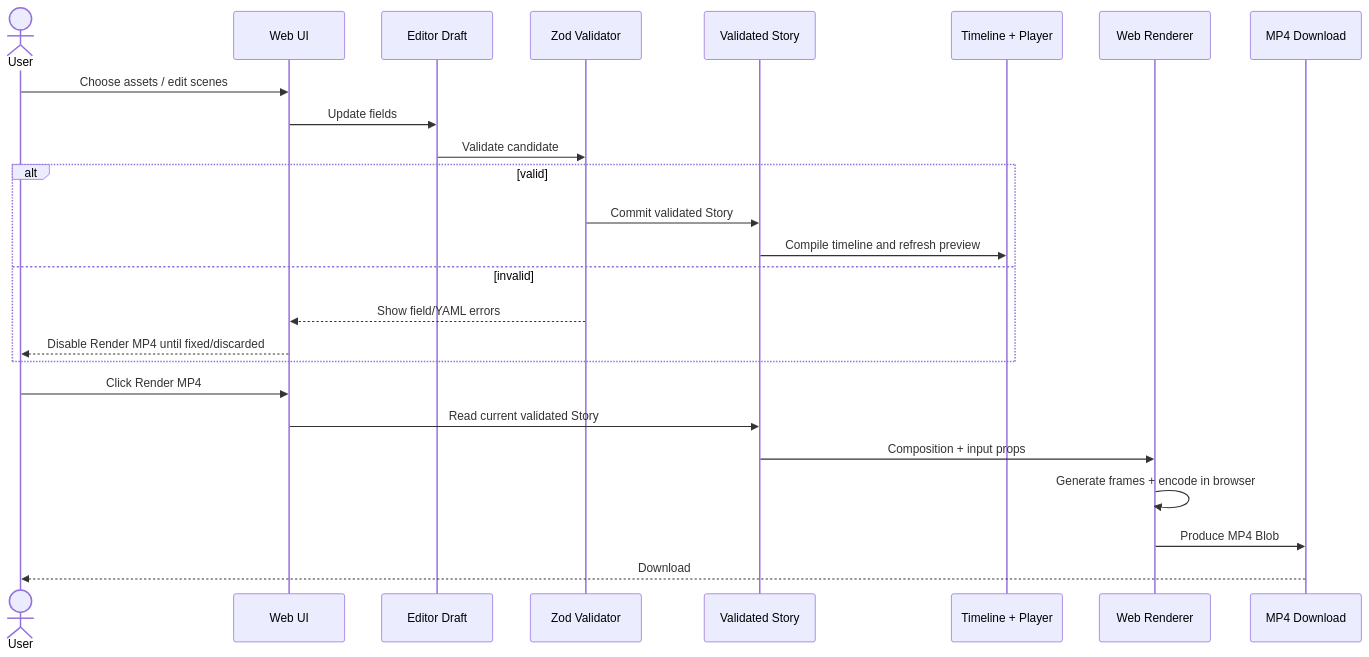
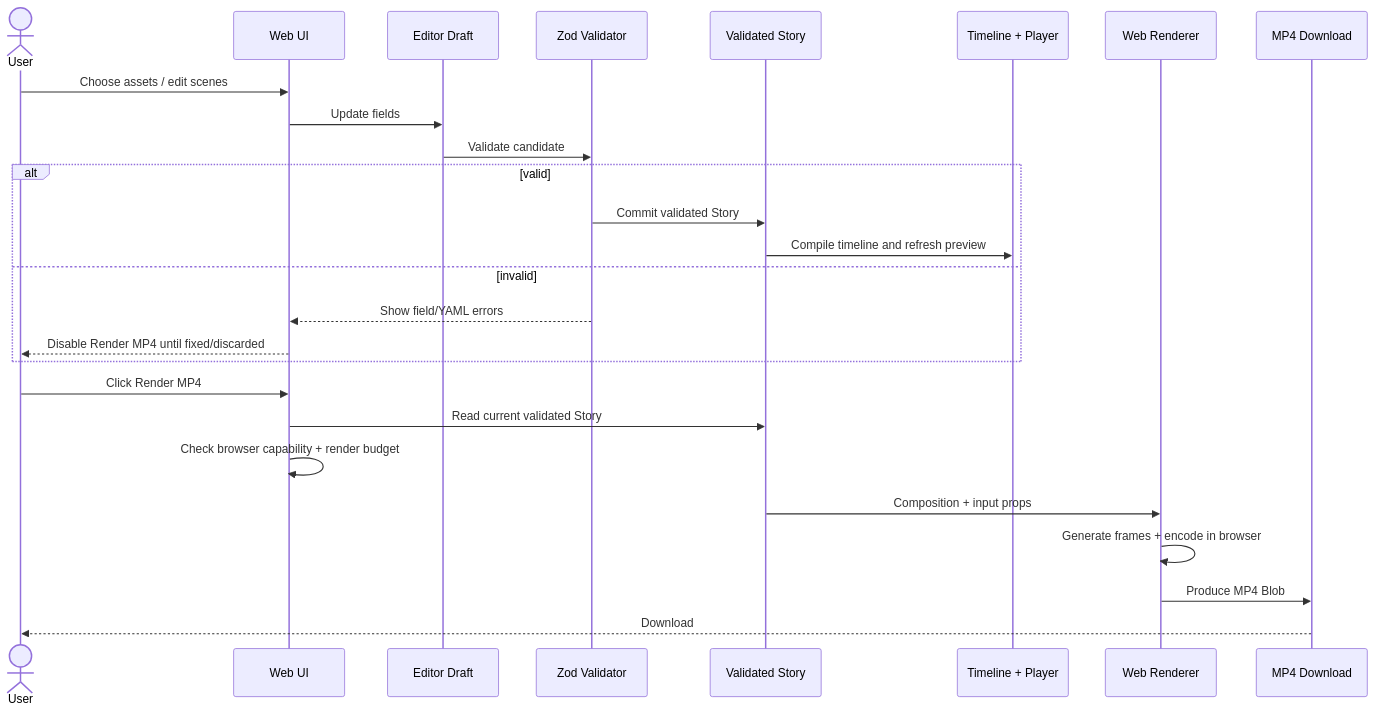
One commit to juanse-dev/tora-video-engine changed the second of 2 diagrams in docs/web/README.md. Above: the diagram before and after it, drawn with Mermaid. The commit also changed other lines of this file, not shown here.

Commit message:
docs: tighten web hosting and render bounds

```diff
--- a/docs/web/README.md
+++ b/docs/web/README.md
@@ -75,29 +77,30 @@
 ~~~mermaid
 sequenceDiagram
     actor User
     participant UI as Web UI
     participant Draft as Editor Draft
     participant Zod as Zod Validator
     participant Story as Validated Story
     participant Preview as Timeline + Player
     participant Render as Web Renderer
     participant File as MP4 Download
 
     User->>UI: Choose assets / edit scenes
     UI->>Draft: Update fields
     Draft->>Zod: Validate candidate
     alt valid
         Zod->>Story: Commit validated Story
         Story->>Preview: Compile timeline and refresh preview
     else invalid
         Zod-->>UI: Show field/YAML errors
         UI-->>User: Disable Render MP4 until fixed/discarded
     end
 
     User->>UI: Click Render MP4
     UI->>Story: Read current validated Story
+    UI->>UI: Check browser capability + render budget
     Story->>Render: Composition + input props
     Render->>Render: Generate frames + encode in browser
     Render->>File: Produce MP4 Blob
     File-->>User: Download
 ~~~
```
